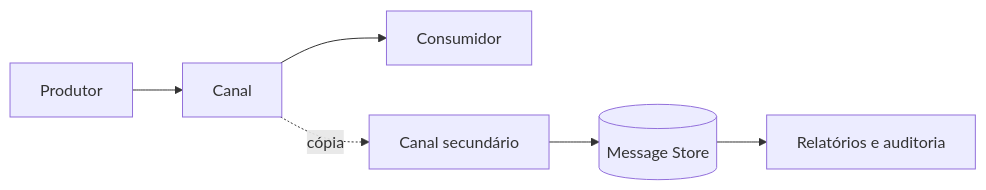
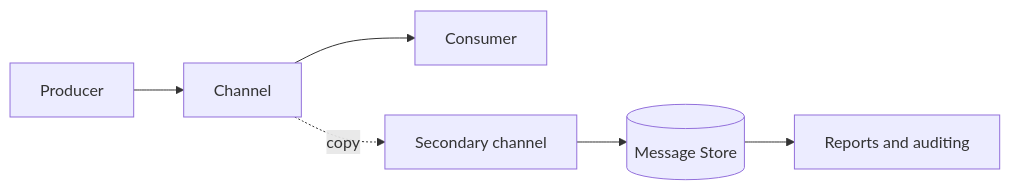
The diagram in docs/architecture/eip/system-management/message-store.md (alancesar/design-patterns), drawn with Mermaid before and after one commit. The commit also changed 258 other files, not shown here.

First line of the commit message:
Translate Mermaid diagrams to English

````diff
--- a/docs/architecture/eip/system-management/message-store.md
+++ b/docs/architecture/eip/system-management/message-store.md
@@ -51,8 +51,8 @@
 ```mermaid
 flowchart LR
-    P["Produtor"] --> C["Canal"]
-    C --> D["Consumidor"]
-    C -. "cópia" .-> S["Canal secundário"]
+    P["Producer"] --> C["Channel"]
+    C --> D["Consumer"]
+    C -. "copy" .-> S["Secondary channel"]
     S --> M[("Message Store")]
-    M --> R["Relatórios e auditoria"]
+    M --> R["Reports and auditing"]
 ```
````
